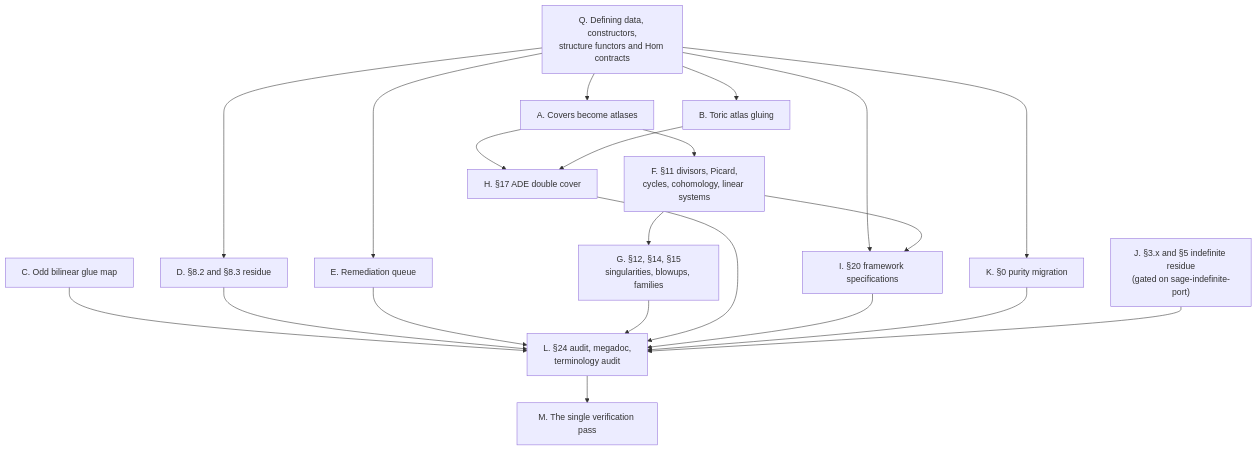
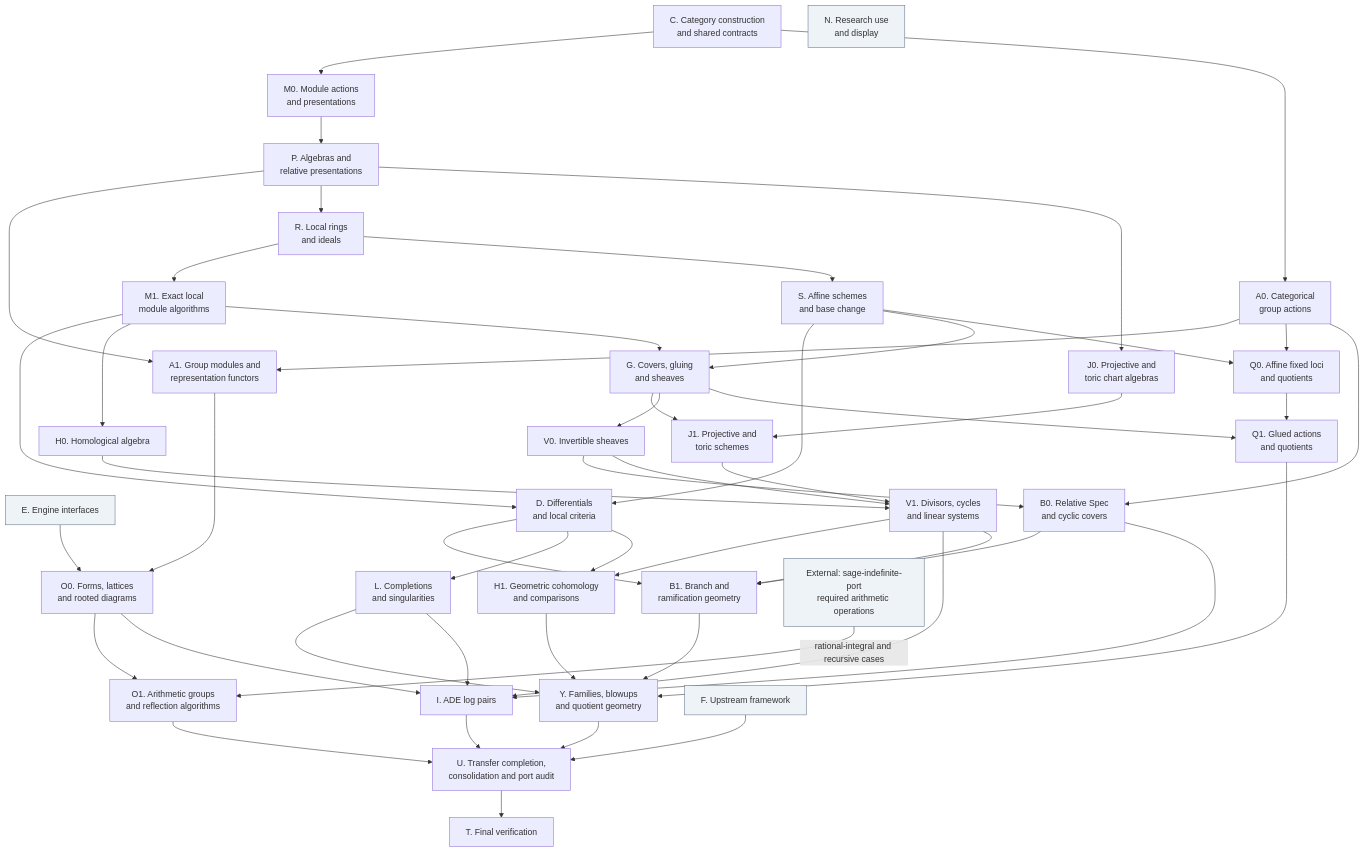
One commit to dzackgarza/research changed the diagram in TODO.md. Above: the diagram before and after it, drawn with Mermaid. The commit also changed other lines of this file, not shown here.

First line of the commit message:
docs(preamble): unify scheduling around construction dependencies

````diff
--- a/TODO.md
+++ b/TODO.md
@@ -303,23 +52,85 @@
 ```mermaid
-graph TD
-    Q["Q. Defining data, constructors,<br/>structure functors and Hom contracts"] --> A
-    Q --> B
-    Q --> D
-    Q --> E
-    Q --> I
-    Q --> K
-    A["A. Covers become atlases"] --> F["F. §11 divisors, Picard,<br/>cycles, cohomology, linear systems"]
-    A --> H["H. §17 ADE double cover"]
-    B["B. Toric atlas gluing"] --> H
-    F --> G["G. §12, §14, §15<br/>singularities, blowups, families"]
-    F --> I["I. §20 framework specifications"]
-    C["C. Odd bilinear glue map"] --> L
-    D["D. §8.2 and §8.3 residue"] --> L
-    E["E. Remediation queue"] --> L
-    G --> L["L. §24 audit, megadoc,<br/>terminology audit"]
-    H --> L
-    I --> L
-    K["K. §0 purity migration"] --> L
-    J["J. §3.x and §5 indefinite residue<br/>(gated on sage-indefinite-port)"] --> L
-    L --> M["M. The single verification pass"]
+flowchart TD
+    C["C. Category construction<br/>and shared contracts"]
+    M0["M0. Module actions<br/>and presentations"]
+    P["P. Algebras and<br/>relative presentations"]
+    A0["A0. Categorical<br/>group actions"]
+    A1["A1. Group modules and<br/>representation functors"]
+    E["E. Engine interfaces"]
+    R["R. Local rings<br/>and ideals"]
+    M1["M1. Exact local<br/>module algorithms"]
+    S["S. Affine schemes<br/>and base change"]
+    D["D. Differentials<br/>and local criteria"]
+    H0["H0. Homological algebra"]
+    G["G. Covers, gluing<br/>and sheaves"]
+    J0["J0. Projective and<br/>toric chart algebras"]
+    J1["J1. Projective and<br/>toric schemes"]
+    V0["V0. Invertible sheaves"]
+    Q0["Q0. Affine fixed loci<br/>and quotients"]
+    Q1["Q1. Glued actions<br/>and quotients"]
+    B0["B0. Relative Spec<br/>and cyclic covers"]
+    B1["B1. Branch and<br/>ramification geometry"]
+    V1["V1. Divisors, cycles<br/>and linear systems"]
+    L["L. Completions<br/>and singularities"]
+    H1["H1. Geometric cohomology<br/>and comparisons"]
+    Y["Y. Families, blowups<br/>and quotient geometry"]
+    O0["O0. Forms, lattices<br/>and rooted diagrams"]
+    O1["O1. Arithmetic groups<br/>and reflection algorithms"]
+    I["I. ADE log pairs"]
+    F["F. Upstream framework"]
+    N["N. Research use<br/>and display"]
+    U["U. Transfer completion,<br/>consolidation and port audit"]
+    T["T. Final verification"]
+    X["External: sage-indefinite-port<br/>required arithmetic operations"]
+    C --> M0
+    M0 --> P
+    C --> A0
+    A0 --> A1
+    P --> A1
+    P --> R
+    R --> M1
+    R --> S
+    M1 --> D
+    S --> D
+    M1 --> H0
+    S --> G
+    M1 --> G
+    P --> J0
+    J0 --> J1
+    G --> J1
+    G --> V0
+    A0 --> Q0
+    S --> Q0
+    Q0 --> Q1
+    G --> Q1
+    V0 --> B0
+    A0 --> B0
+    B0 --> B1
+    D --> B1
+    V0 --> V1
+    J1 --> V1
+    H0 --> V1
+    D --> L
+    D --> H1
+    V1 --> H1
+    L --> Y
+    H1 --> Y
+    B1 --> Y
+    Q1 --> Y
+    A1 --> O0
+    E --> O0
+    O0 --> O1
+    B0 --> I
+    V1 --> I
+    L --> I
+    O0 --> I
+    I --> U
+    Y --> U
+    O1 --> U
+    F --> U
+    U --> T
+    V1 --> B1
+    X -->|"rational-integral and recursive cases"| O1
+    classDef support fill:#eef3f8,stroke:#64748b
+    class E,F,N,X support
 ```
````
